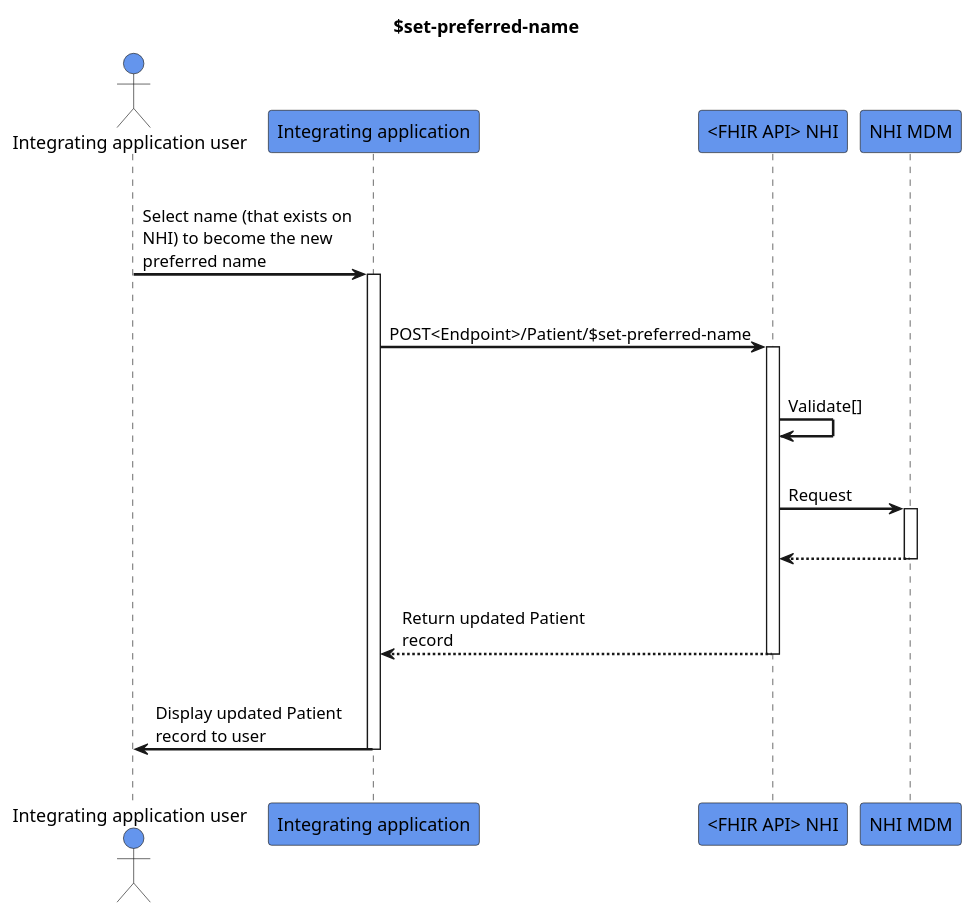
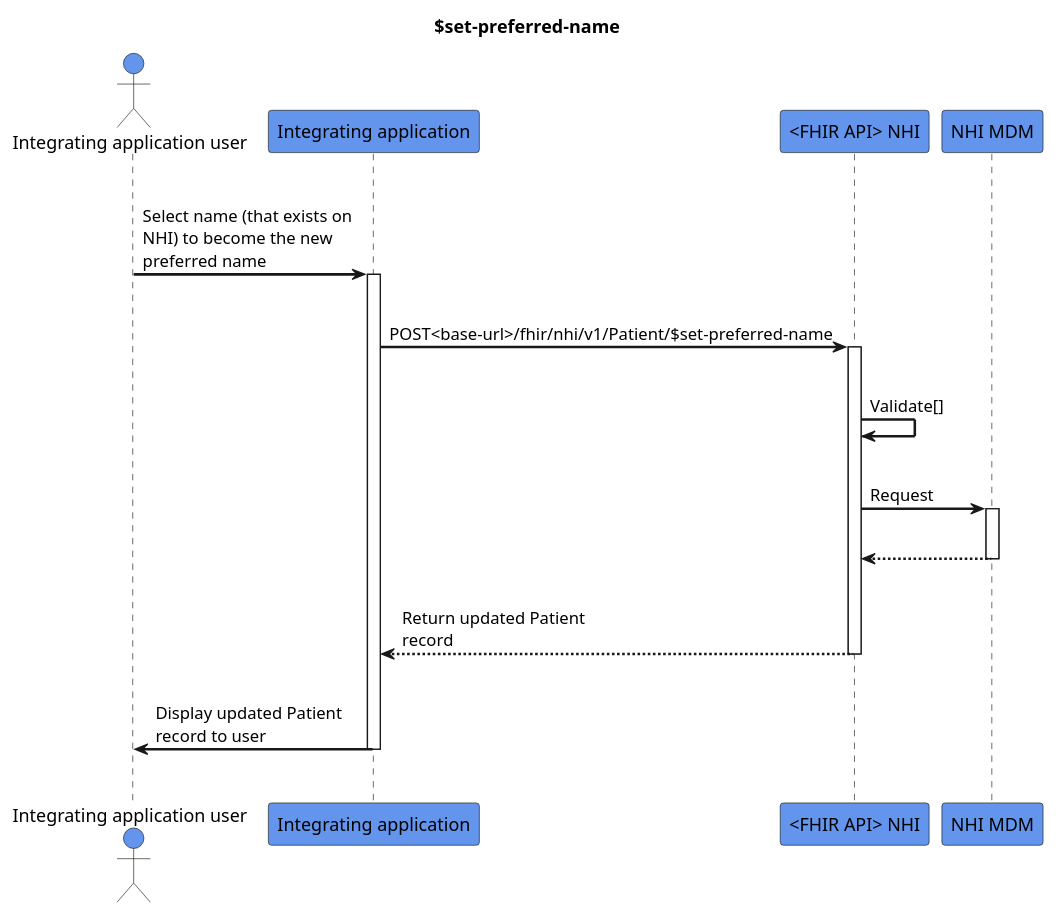
One commit to HL7NZ/nhi changed the diagram in input/images-source/set-preferred-name.plantuml. Above: the diagram before and after it, drawn with PlantUML.

```diff
--- a/input/images-source/set-preferred-name.plantuml
+++ b/input/images-source/set-preferred-name.plantuml
@@ -1,33 +1,33 @@
 @startuml
 skinparam sequenceArrowThickness 2
 skinparam roundcorner 5
 skinparam maxmessagesize 180
 skinparam sequenceParticipant bold
 title $set-preferred-name
 actor "Integrating application user" as User #CornflowerBlue
 participant "Integrating application" as A #CornflowerBlue
 participant "<FHIR API> NHI" as B #CornflowerBlue
 participant "NHI MDM" as C #CornflowerBlue
 |||
 User -> A: Select name (that exists on NHI) to become the new preferred name
 activate A
 |||
-A -> B: POST<Endpoint>/Patient/$set-preferred-name
+A -> B: POST<base-url>/fhir/nhi/v1/Patient/$set-preferred-name
 activate B
 |||
 B -> B: Validate[]
 |||
 B -> C: Request
 activate C
 |||
 
 C -[dashed]-> B
 deactivate C
 |||
 B -[dashed]-> A: Return updated Patient record
 deactivate B
 |||
 A -> User: Display updated Patient record to user
 deactivate A
 |||
 @enduml
```
